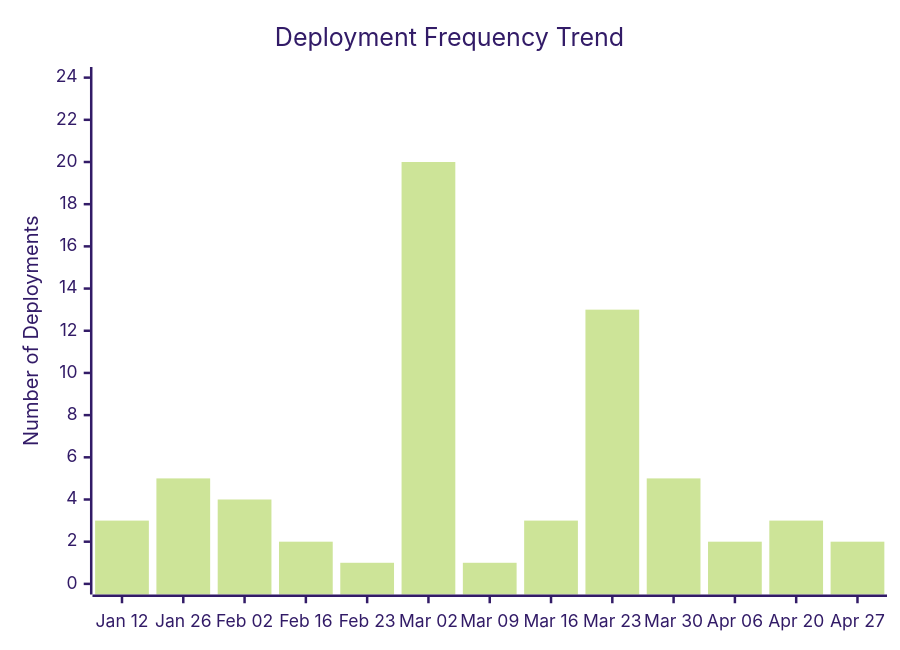
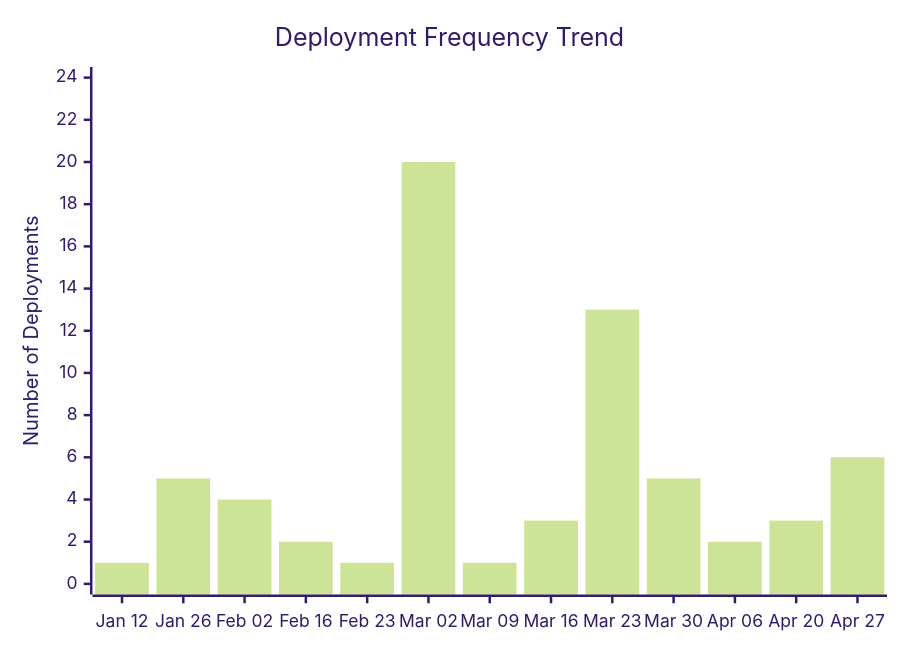
One commit to ukma-cs-ssdm-2025/rate-ukma changed the third of 4 diagrams in docs/ci-cd/dora-summary.md. Above: the diagram before and after it, drawn with Mermaid (forest theme). The commit also changed other lines of this file, not shown here.

````diff
--- a/docs/ci-cd/dora-summary.md
+++ b/docs/ci-cd/dora-summary.md
@@ -56,7 +52,7 @@
 ```mermaid
 xychart-beta
     title "Deployment Frequency Trend"
     x-axis ["Jan 12", "Jan 26", "Feb 02", "Feb 16", "Feb 23", "Mar 02", "Mar 09", "Mar 16", "Mar 23", "Mar 30", "Apr 06", "Apr 20", "Apr 27"]
     y-axis "Number of Deployments" 0 --> 24
-    bar [3.00, 5.00, 4.00, 2.00, 1.00, 20.00, 1.00, 3.00, 13.00, 5.00, 2.00, 3.00, 2.00]
+    bar [1.00, 5.00, 4.00, 2.00, 1.00, 20.00, 1.00, 3.00, 13.00, 5.00, 2.00, 3.00, 6.00]
 ```
````
